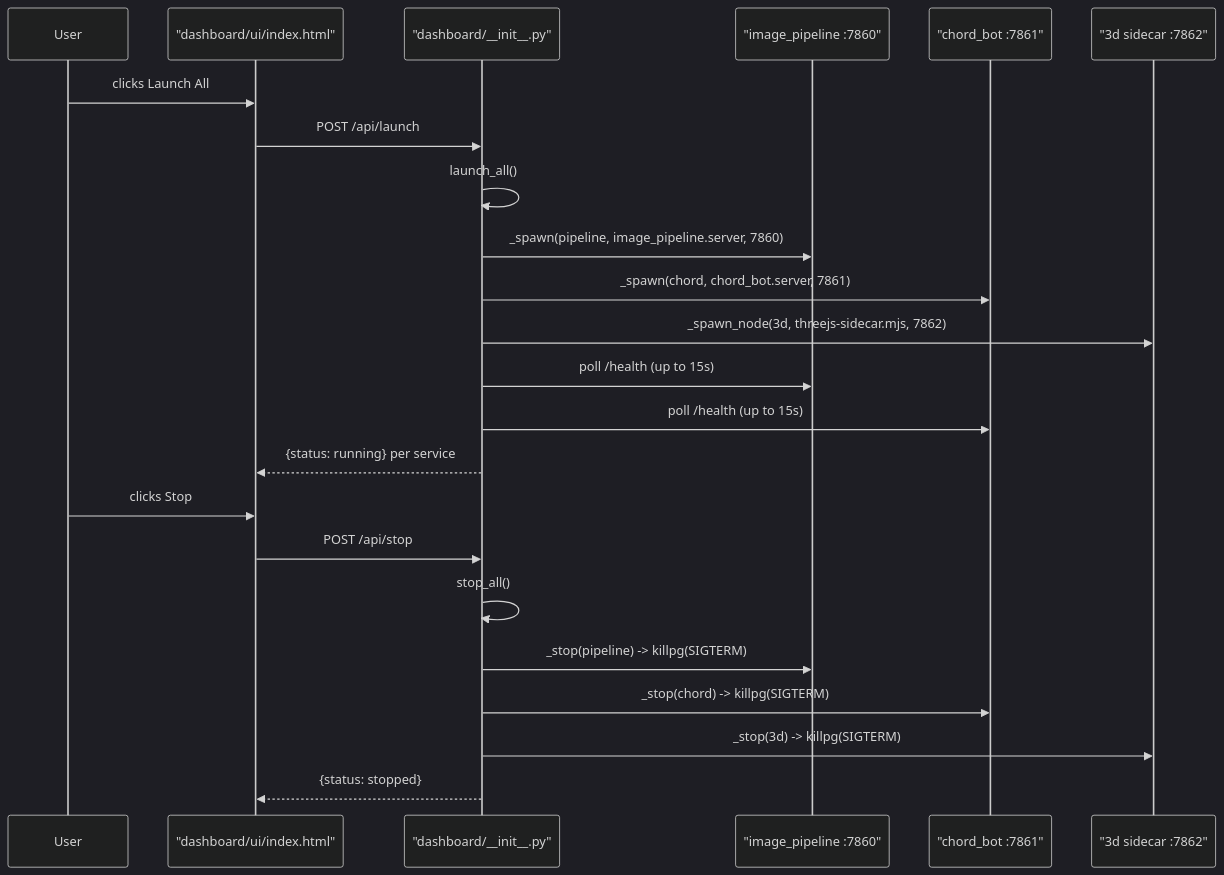
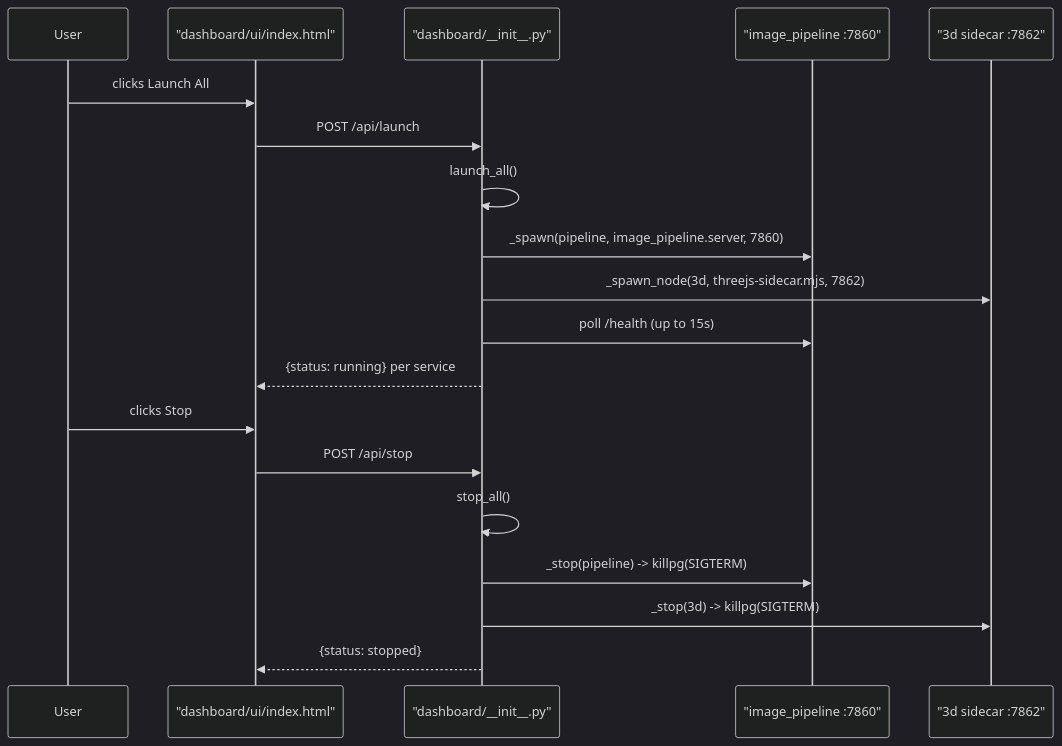
Before and after one commit to brndnhghs/grillmaster-command-center: the fourth of 4 diagrams in docs/wiki/diagrams/sequences.md, drawn with Mermaid (dark theme). The commit also changed 90 other files, not shown here.

First line of the commit message:
chore: phase out chord-bot; move sidecar lifecycle into pipeline server

````diff
--- a/docs/wiki/diagrams/sequences.md
+++ b/docs/wiki/diagrams/sequences.md
@@ -139,26 +139,22 @@
 ```mermaid
 sequenceDiagram
     participant User
     participant UI as "dashboard/ui/index.html"
     participant Dashboard as "dashboard/__init__.py"
     participant Pipeline as "image_pipeline :7860"
-    participant Chord as "chord_bot :7861"
     participant Sidecar as "3d sidecar :7862"
 
     User->>UI: clicks Launch All
     UI->>Dashboard: POST /api/launch
     Dashboard->>Dashboard: launch_all()
     Dashboard->>Pipeline: _spawn(pipeline, image_pipeline.server, 7860)
-    Dashboard->>Chord: _spawn(chord, chord_bot.server, 7861)
     Dashboard->>Sidecar: _spawn_node(3d, threejs-sidecar.mjs, 7862)
     Dashboard->>Pipeline: poll /health (up to 15s)
-    Dashboard->>Chord: poll /health (up to 15s)
     Dashboard-->>UI: {status: running} per service
     User->>UI: clicks Stop
     UI->>Dashboard: POST /api/stop
     Dashboard->>Dashboard: stop_all()
     Dashboard->>Pipeline: _stop(pipeline) -> killpg(SIGTERM)
-    Dashboard->>Chord: _stop(chord) -> killpg(SIGTERM)
     Dashboard->>Sidecar: _stop(3d) -> killpg(SIGTERM)
     Dashboard-->>UI: {status: stopped}
 ```
````
